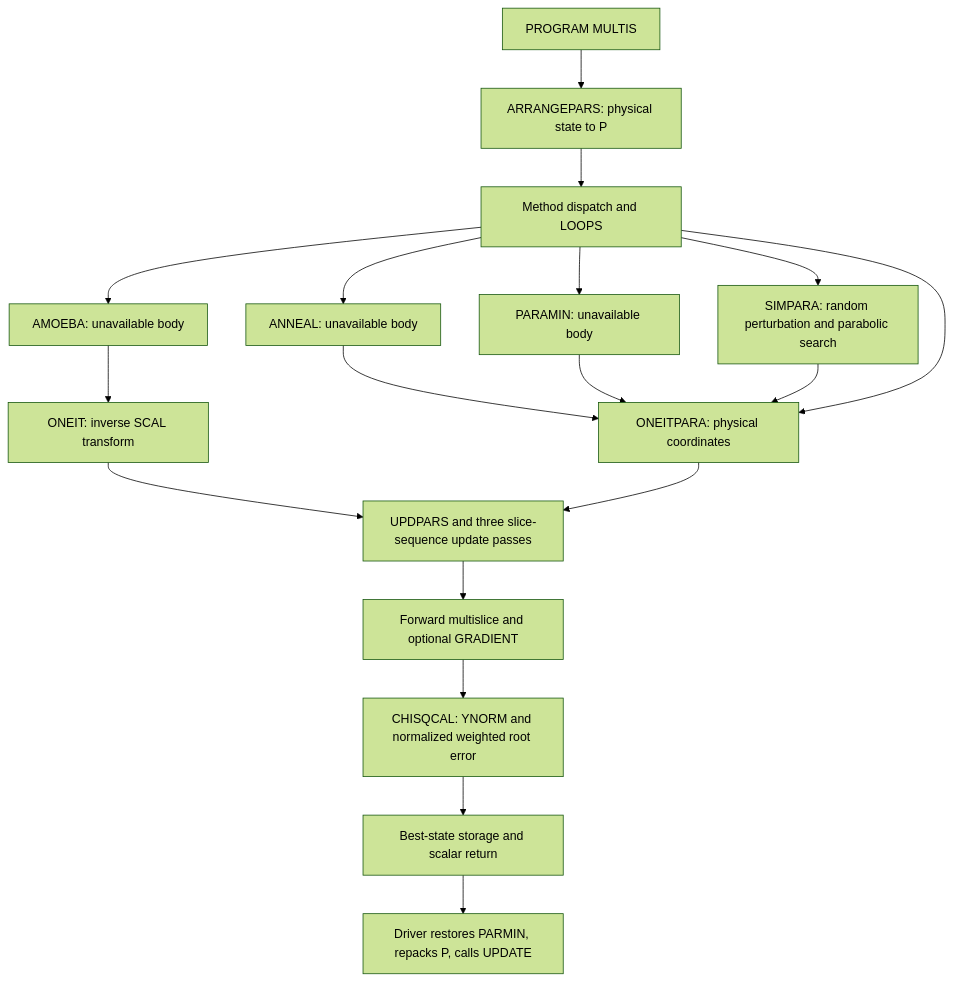
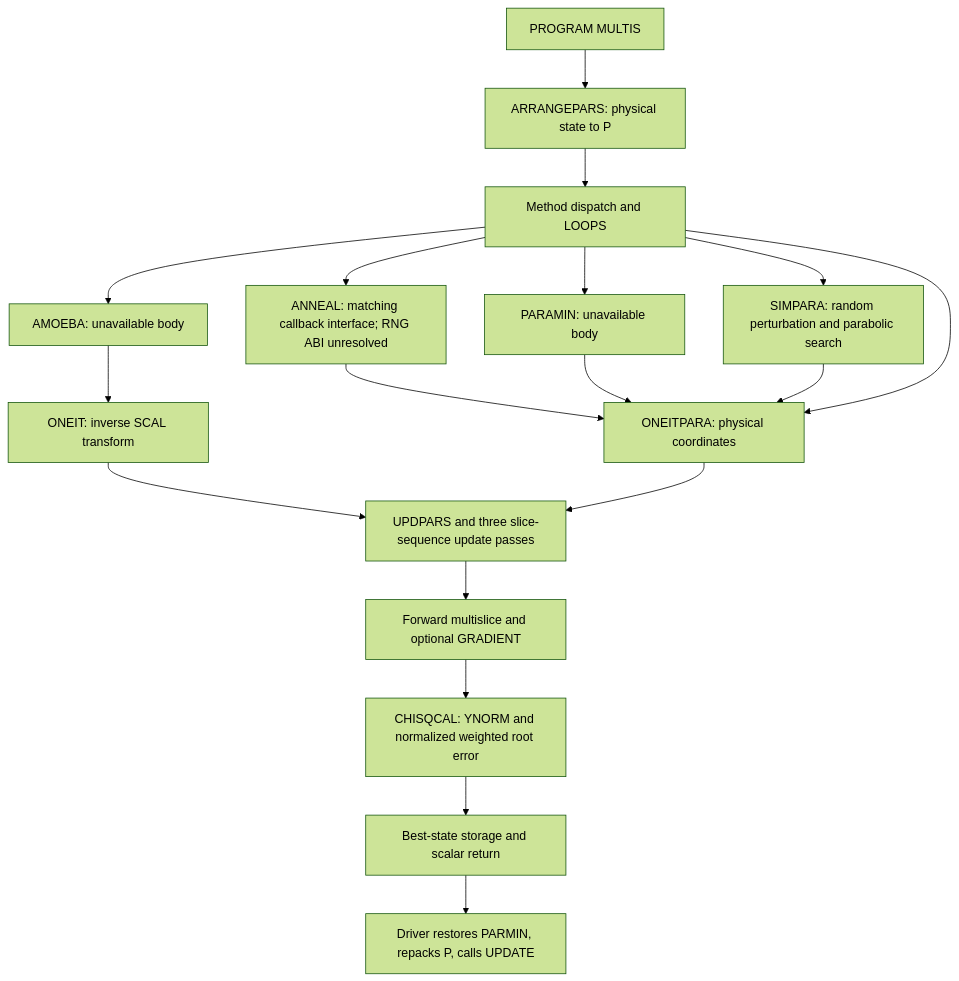
Before and after one commit to dingpengem/QCBED: the diagram in docs/optimizer_architecture.md, drawn with Mermaid (forest theme). The commit also changed other lines of this file and 7 other files, not shown here.

````diff
--- a/docs/optimizer_architecture.md
+++ b/docs/optimizer_architecture.md
@@ -35,20 +38,20 @@
 ```mermaid
 flowchart TD
     D[PROGRAM MULTIS] --> PACK[ARRANGEPARS: physical state to P]
     PACK --> SELECT[Method dispatch and LOOPS]
-    SELECT --> AN[ANNEAL: unavailable body]
+    SELECT --> AN[ANNEAL: matching callback interface; RNG ABI unresolved]
     SELECT --> AM[AMOEBA: unavailable body]
     SELECT --> PA[PARAMIN: unavailable body]
     SELECT --> SP[SIMPARA: random perturbation and parabolic search]
     AM --> O[ONEIT: inverse SCAL transform]
     AN --> OP[ONEITPARA: physical coordinates]
     PA --> OP
     SP --> OP
     SELECT --> OP
     O --> U[UPDPARS and three slice-sequence update passes]
     OP --> U
     U --> F[Forward multislice and optional GRADIENT]
     F --> Q[CHISQCAL: YNORM and normalized weighted root error]
     Q --> B[Best-state storage and scalar return]
     B --> RE[Driver restores PARMIN, repacks P, calls UPDATE]
 ```
````
